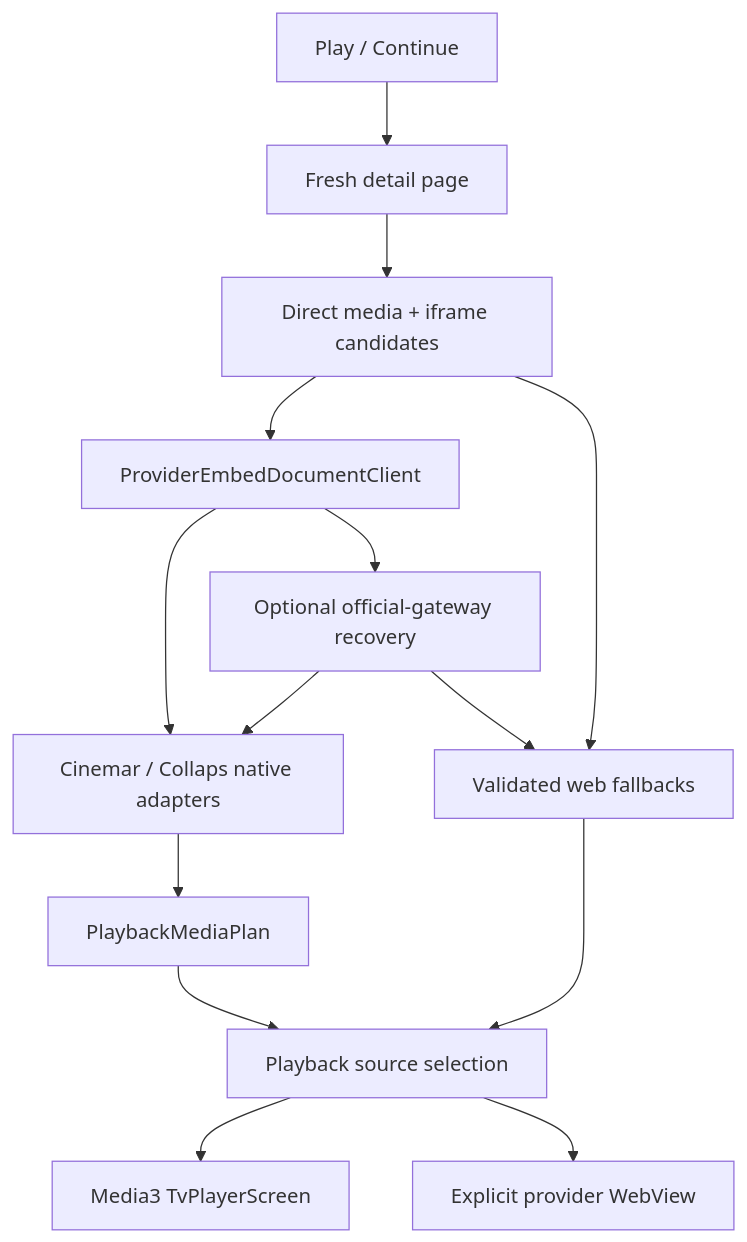
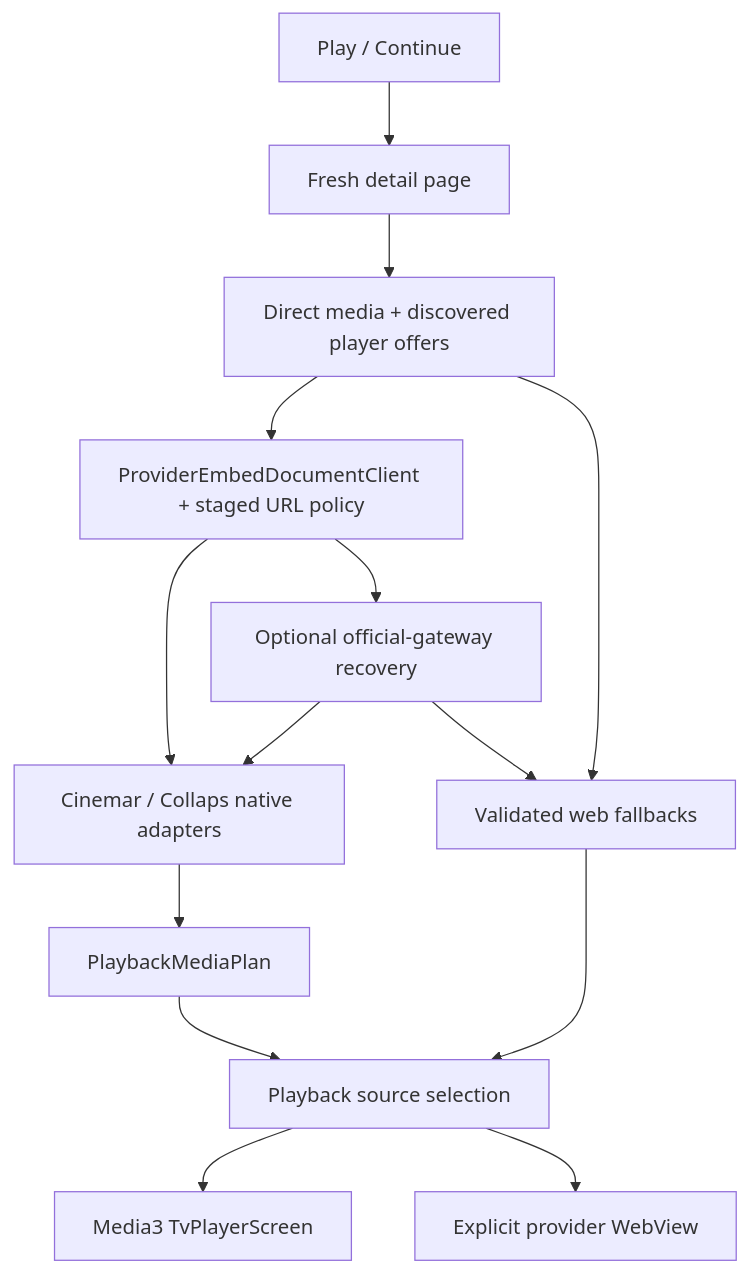
Before and after one commit to reziarlleh/KinogoATV: the fourth of 4 diagrams in docs/ARCHITECTURE.md, drawn with Mermaid. The commit also changed other lines of this file and 69 other files, not shown here.

````diff
--- a/docs/ARCHITECTURE.md
+++ b/docs/ARCHITECTURE.md
@@ -180,16 +187,16 @@
 ```mermaid
 flowchart TD
     A["Play / Continue"] --> B["Fresh detail page"]
-    B --> C["Direct media + iframe candidates"]
-    C --> D["ProviderEmbedDocumentClient"]
+    B --> C["Direct media + discovered player offers"]
+    C --> D["ProviderEmbedDocumentClient + staged URL policy"]
     D --> E["Cinemar / Collaps native adapters"]
     E --> F["PlaybackMediaPlan"]
     C --> G["Validated web fallbacks"]
     D --> H["Optional official-gateway recovery"]
     H --> E
     H --> G
     F --> I["Playback source selection"]
     G --> I
     I --> J["Media3 TvPlayerScreen"]
     I --> K["Explicit provider WebView"]
 ```
````
